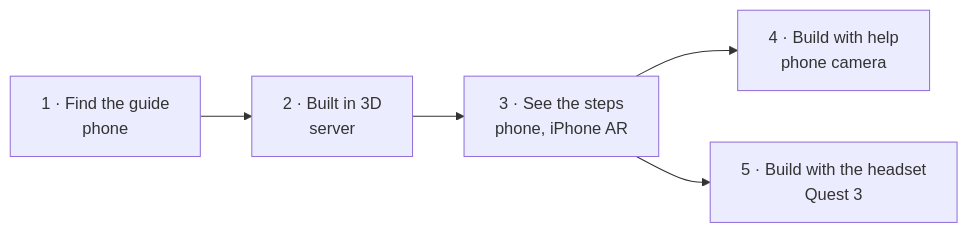
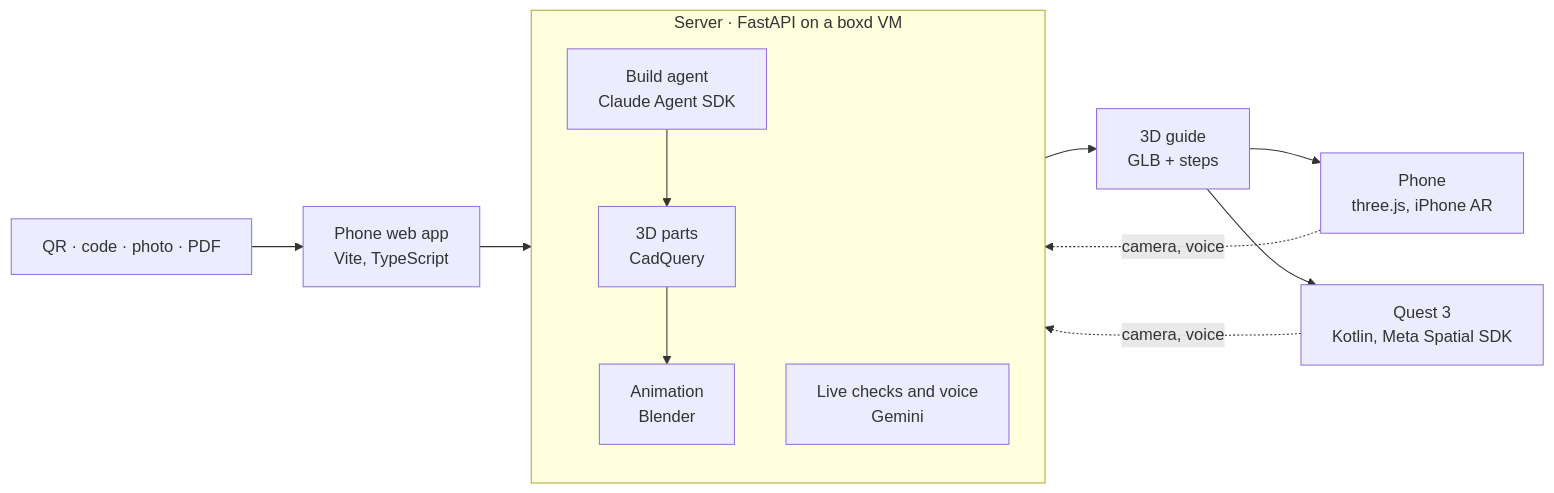
One commit to LoomSense/jarvis-assembler changed the diagram in README.md. Above: the diagram before and after it, drawn with Mermaid. The commit also changed other lines of this file and 2 other files, not shown here.

Commit message:
README for the judges: six steps with the technology of each, one diagram, one picture of the phone flow

````diff
--- a/README.md
+++ b/README.md
@@ -11,7 +22,15 @@
 ```mermaid
 flowchart LR
-  find["1 · Find the guide<br/>phone"] --> build["2 · Built in 3D<br/>server"]
-  build --> steps["3 · See the steps<br/>phone, iPhone AR"]
-  steps --> help["4 · Build with help<br/>phone camera"]
-  steps --> quest["5 · Build with the headset<br/>Quest 3"]
+  in["QR · code · photo · PDF"] --> phone["Phone web app<br/>Vite, TypeScript"]
+  phone --> server
+  subgraph server["Server · FastAPI on a boxd VM"]
+    direction TB
+    agent["Build agent<br/>Claude Agent SDK"] --> cad["3D parts<br/>CadQuery"] --> blender["Animation<br/>Blender"]
+    gemini["Live checks and voice<br/>Gemini"]
+  end
+  server --> glb["3D guide<br/>GLB + steps"]
+  glb --> web["Phone<br/>three.js, iPhone AR"]
+  glb --> quest["Quest 3<br/>Kotlin, Meta Spatial SDK"]
+  web -. camera, voice .-> gemini
+  quest -. camera, voice .-> gemini
 ```
````
